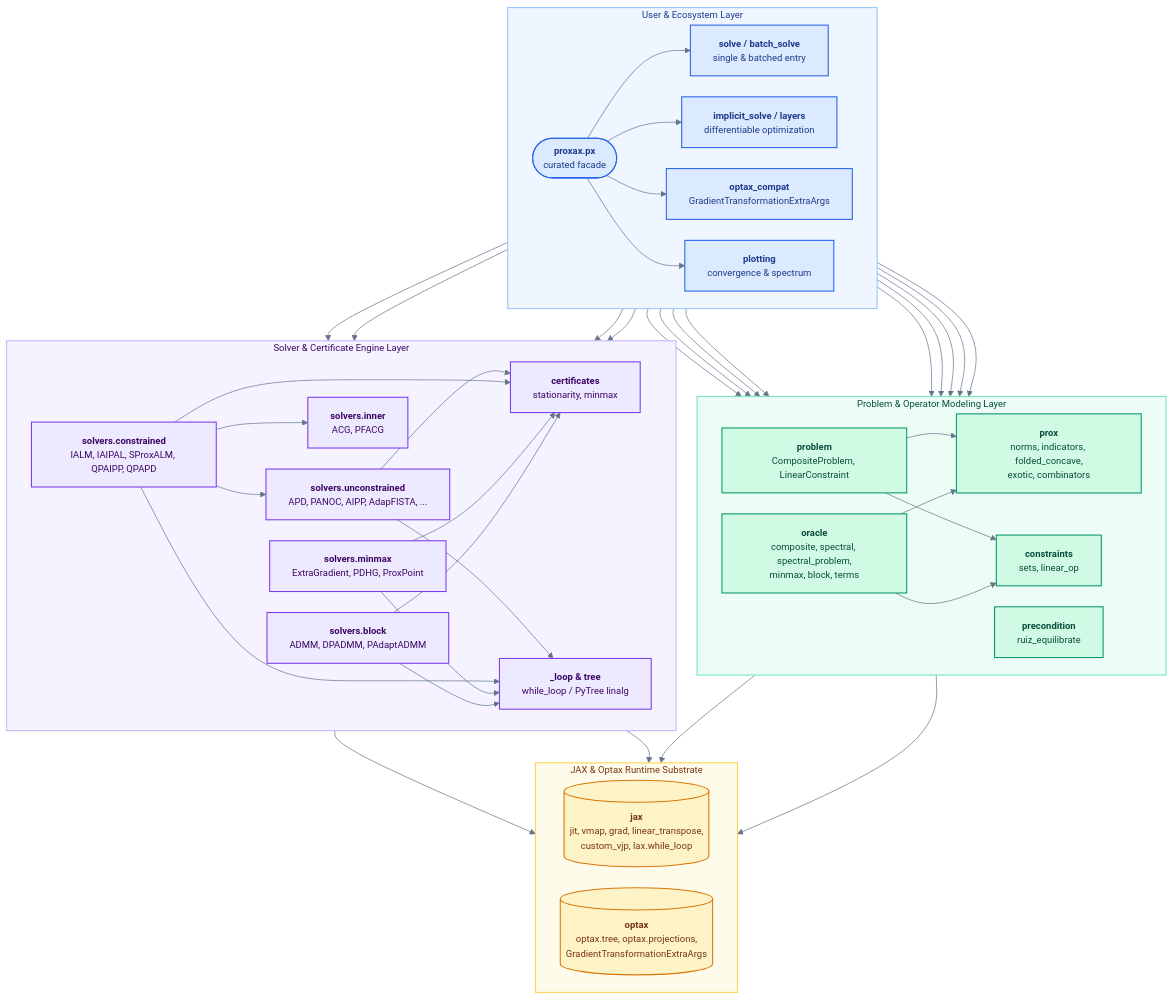
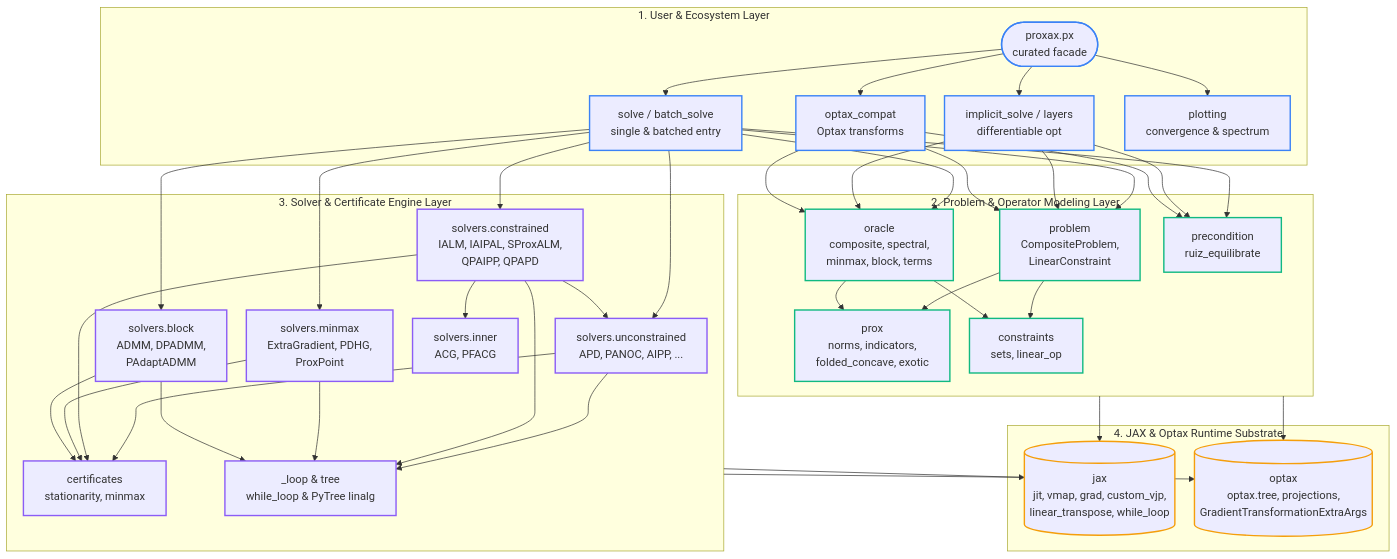
One commit to wwkong/proxax changed the first of 4 diagrams in docs/appendices/software_architecture.md. Above: the diagram before and after it, drawn with Mermaid. The commit also changed other lines of this file and 2 other files, not shown here.

Commit message:
Enable Mermaid pan/zoom and switch Appendix E diagrams to vertical layout

````diff
--- a/docs/appendices/software_architecture.md
+++ b/docs/appendices/software_architecture.md
@@ -15,58 +18,49 @@
 ```{mermaid}
-%%{init: {'theme': 'base', 'flowchart': {'curve': 'basis', 'padding': 16, 'nodeSpacing': 30, 'rankSpacing': 46}, 'themeVariables': {'fontFamily': 'Inter, system-ui, -apple-system, sans-serif', 'fontSize': '13.5px', 'lineColor': '#64748b', 'primaryTextColor': '#0f172a'}}}%%
+%%{init: {'flowchart': {'curve': 'basis', 'nodeSpacing': 28, 'rankSpacing': 42}}}%%
 flowchart TB
-    classDef user fill:#dbeafe,stroke:#2563eb,color:#1e3a8a,stroke-width:1.5px
-    classDef model fill:#d1fae5,stroke:#059669,color:#064e3b,stroke-width:1.5px
-    classDef solver fill:#ede9fe,stroke:#7c3aed,color:#3b0764,stroke-width:1.5px
-    classDef substrate fill:#fef3c7,stroke:#d97706,color:#78350f,stroke-width:1.5px
+    classDef user stroke:#3b82f6,stroke-width:2px
+    classDef model stroke:#10b981,stroke-width:2px
+    classDef solver stroke:#8b5cf6,stroke-width:2px
+    classDef substrate stroke:#f59e0b,stroke-width:2px
 
-    subgraph L1["User & Ecosystem Layer"]
-        direction LR
-        PX(["<b>proxax.px</b><br/>curated facade"]):::user
-        SOLVE["<b>solve / batch_solve</b><br/>single & batched entry"]:::user
-        DIFF["<b>implicit_solve / layers</b><br/>differentiable optimization"]:::user
-        OPTAX["<b>optax_compat</b><br/>GradientTransformationExtraArgs"]:::user
-        PLOT["<b>plotting</b><br/>convergence & spectrum"]:::user
+    subgraph L1["1. User & Ecosystem Layer"]
+        PX(["proxax.px<br/>curated facade"]):::user
+        SOLVE["solve / batch_solve<br/>single & batched entry"]:::user
+        DIFF["implicit_solve / layers<br/>differentiable opt"]:::user
+        OPTAX["optax_compat<br/>Optax transforms"]:::user
+        PLOT["plotting<br/>convergence & spectrum"]:::user
     end
 
-    subgraph L2["Problem & Operator Modeling Layer"]
-        direction LR
-        PROB["<b>problem</b><br/>CompositeProblem, LinearConstraint"]:::model
-        PROX["<b>prox</b><br/>norms, indicators, folded_concave,<br/>exotic, combinators"]:::model
-        CONS["<b>constraints</b><br/>sets, linear_op"]:::model
-        ORA["<b>oracle</b><br/>composite, spectral, spectral_problem,<br/>minmax, block, terms"]:::model
-        PREC["<b>precondition</b><br/>ruiz_equilibrate"]:::model
+    subgraph L2["2. Problem & Operator Modeling Layer"]
+        PROB["problem<br/>CompositeProblem,<br/>LinearConstraint"]:::model
+        ORA["oracle<br/>composite, spectral,<br/>minmax, block, terms"]:::model
+        PROX["prox<br/>norms, indicators,<br/>folded_concave, exotic"]:::model
+        CONS["constraints<br/>sets, linear_op"]:::model
+        PREC["precondition<br/>ruiz_equilibrate"]:::model
     end
 
-    subgraph L3["Solver & Certificate Engine Layer"]
-        direction LR
-        UNC["<b>solvers.unconstrained</b><br/>APD, PANOC, AIPP, AdapFISTA, ..."]:::solver
-        CON["<b>solvers.constrained</b><br/>IALM, IAIPAL, SProxALM, QPAIPP, QPAPD"]:::solver
-        MM["<b>solvers.minmax</b><br/>ExtraGradient, PDHG, ProxPoint"]:::solver
-        BLK["<b>solvers.block</b><br/>ADMM, DPADMM, PAdaptADMM"]:::solver
-        INN["<b>solvers.inner</b><br/>ACG, PFACG"]:::solver
-        CERT["<b>certificates</b><br/>stationarity, minmax"]:::solver
-        LOOP["<b>_loop & tree</b><br/>while_loop / PyTree linalg"]:::solver
+    subgraph L3["3. Solver & Certificate Engine Layer"]
+        UNC["solvers.unconstrained<br/>APD, PANOC, AIPP, ..."]:::solver
+        CON["solvers.constrained<br/>IALM, IAIPAL, SProxALM,<br/>QPAIPP, QPAPD"]:::solver
+        MM["solvers.minmax<br/>ExtraGradient, PDHG,<br/>ProxPoint"]:::solver
+        BLK["solvers.block<br/>ADMM, DPADMM,<br/>PAdaptADMM"]:::solver
+        INN["solvers.inner<br/>ACG, PFACG"]:::solver
+        CERT["certificates<br/>stationarity, minmax"]:::solver
+        LOOP["_loop & tree<br/>while_loop & PyTree linalg"]:::solver
     end
 
-    subgraph L4["JAX & Optax Runtime Substrate"]
-        direction LR
-        JAX[("<b>jax</b><br/>jit, vmap, grad, linear_transpose,<br/>custom_vjp, lax.while_loop")]:::substrate
-        OX[("<b>optax</b><br/>optax.tree, optax.projections,<br/>GradientTransformationExtraArgs")]:::substrate
+    subgraph L4["4. JAX & Optax Runtime Substrate"]
+        JAX[("jax<br/>jit, vmap, grad, custom_vjp,<br/>linear_transpose, while_loop")]:::substrate
+        OX[("optax<br/>optax.tree, projections,<br/>GradientTransformationExtraArgs")]:::substrate
     end
 
     PX --> SOLVE & DIFF & OPTAX & PLOT
     SOLVE & DIFF & OPTAX --> PROB & ORA & PREC
     PROB --> PROX & CONS
     ORA --> PROX & CONS
     SOLVE --> UNC & CON & MM & BLK
     CON --> INN & UNC
     UNC & CON & MM & BLK --> CERT & LOOP
     L2 --> JAX & OX
     L3 --> JAX & OX
-
-    style L1 fill:#eff6ff,stroke:#93c5fd,stroke-width:1.5px,color:#1e3a8a
-    style L2 fill:#ecfdf5,stroke:#6ee7b7,stroke-width:1.5px,color:#064e3b
-    style L3 fill:#f5f3ff,stroke:#c4b5fd,stroke-width:1.5px,color:#3b0764
-    style L4 fill:#fffbeb,stroke:#fcd34d,stroke-width:1.5px,color:#78350f
 ```
````
